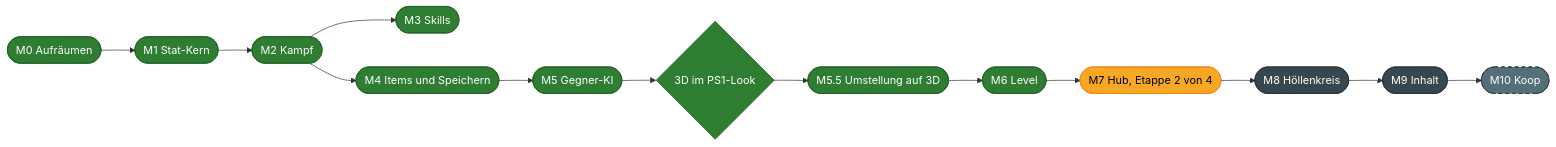
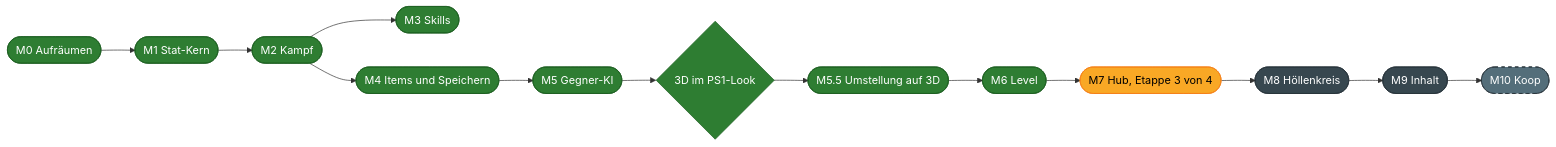
One commit to sharedboidev/Hoellenspiralenspiel changed the diagram in README.md. Above: the diagram before and after it, drawn with Mermaid. The commit also changed other lines of this file and 83 other files, not shown here.

````diff
--- a/README.md
+++ b/README.md
@@ -481,15 +494,15 @@
 ```mermaid
 flowchart LR
     M0(["M0 Aufräumen"]):::done --> M1(["M1 Stat-Kern"]):::done --> M2(["M2 Kampf"]):::done
     M2 --> M3(["M3 Skills"]):::done
     M2 --> M4(["M4 Items und Speichern"]):::done
     M4 --> M5(["M5 Gegner-KI"]):::done --> D{"3D im PS1-Look"}:::done
-    D --> U(["M5.5 Umstellung auf 3D"]):::done --> M6(["M6 Level"]):::done --> M7(["M7 Hub, Etappe 2 von 4"]):::next --> M8(["M8 Höllenkreis"]):::open
+    D --> U(["M5.5 Umstellung auf 3D"]):::done --> M6(["M6 Level"]):::done --> M7(["M7 Hub, Etappe 3 von 4"]):::next --> M8(["M8 Höllenkreis"]):::open
     M8 --> M9(["M9 Inhalt"]):::open --> M10(["M10 Koop"]):::optional
 
     classDef done fill:#2e7d32,color:#ffffff,stroke:#1b5e20
     classDef next fill:#f9a825,color:#000000,stroke:#f57f17
     classDef open fill:#37474f,color:#ffffff,stroke:#263238
     classDef decision fill:#6a1b9a,color:#ffffff,stroke:#4a148c
     classDef optional fill:#546e7a,color:#ffffff,stroke:#263238,stroke-dasharray: 5 5
 ```
````
